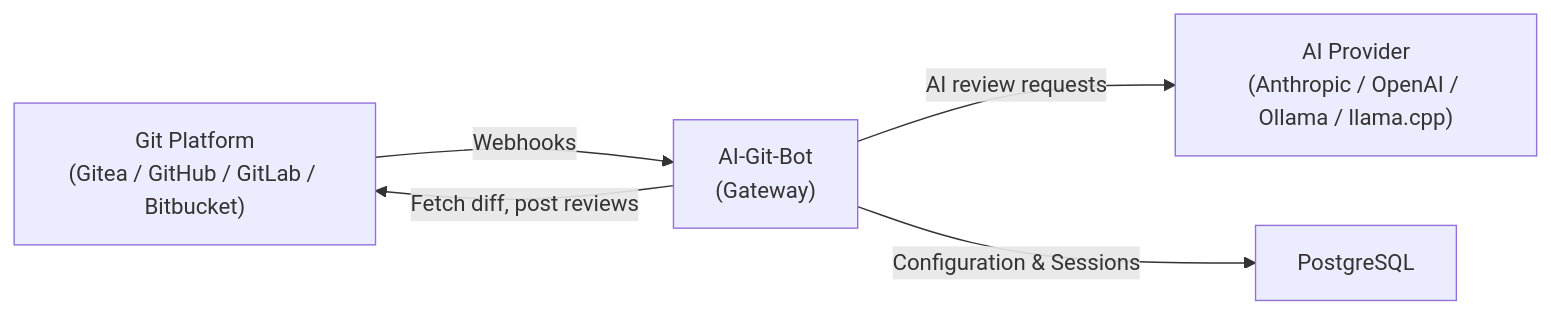
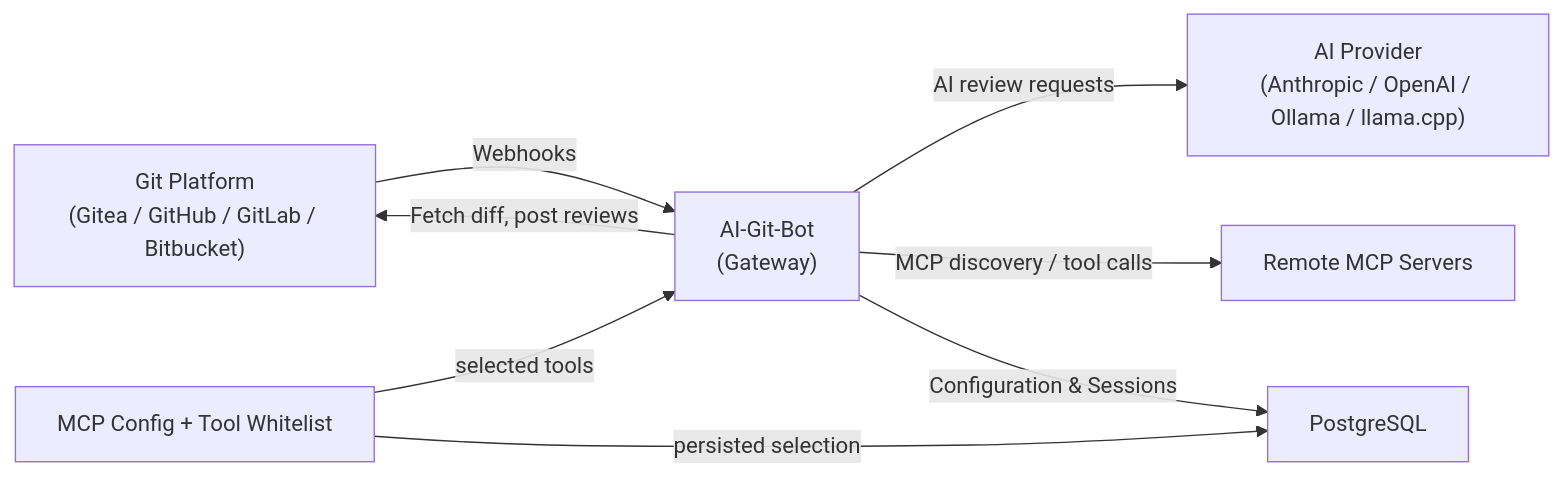
Before and after one commit to Pils10/ai-git-bot-arm: the second of 2 diagrams in README.md, drawn with Mermaid. The commit also changed other lines of this file and 26 other files, not shown here.

First line of the commit message:
feat(mcp): add MCP tool whitelist workflow, bot details view, and docs

````diff
--- a/README.md
+++ b/README.md
@@ -279,12 +295,17 @@
 ```mermaid
 graph LR
     Git["Git Platform<br/>(Gitea / GitHub / GitLab / Bitbucket)"]
     Bot["AI-Git-Bot<br/>(Gateway)"]
     AI["AI Provider<br/>(Anthropic / OpenAI / Ollama / llama.cpp)"]
+    MCPConfig["MCP Config + Tool Whitelist"]
+    MCPServers["Remote MCP Servers"]
     DB["PostgreSQL"]
 
     Git -- "Webhooks" --> Bot
     Bot -- "Fetch diff, post reviews" --> Git
     Bot -- "AI review requests" --> AI
+    Bot -- "MCP discovery / tool calls" --> MCPServers
+    MCPConfig -- "selected tools" --> Bot
     Bot -- "Configuration & Sessions" --> DB
+    MCPConfig -- "persisted selection" --> DB
 ```
````
